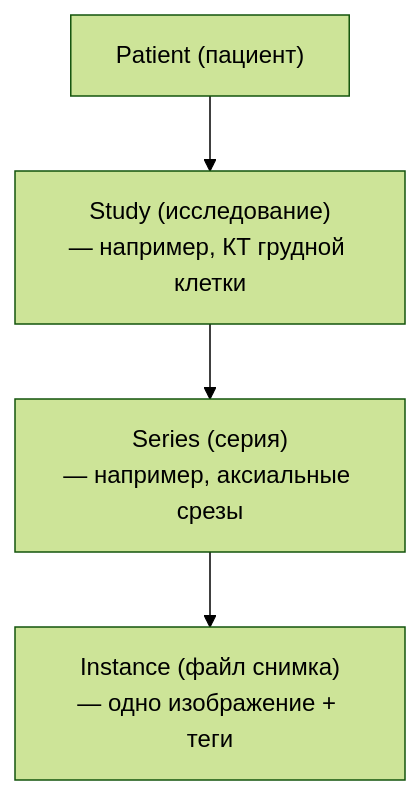
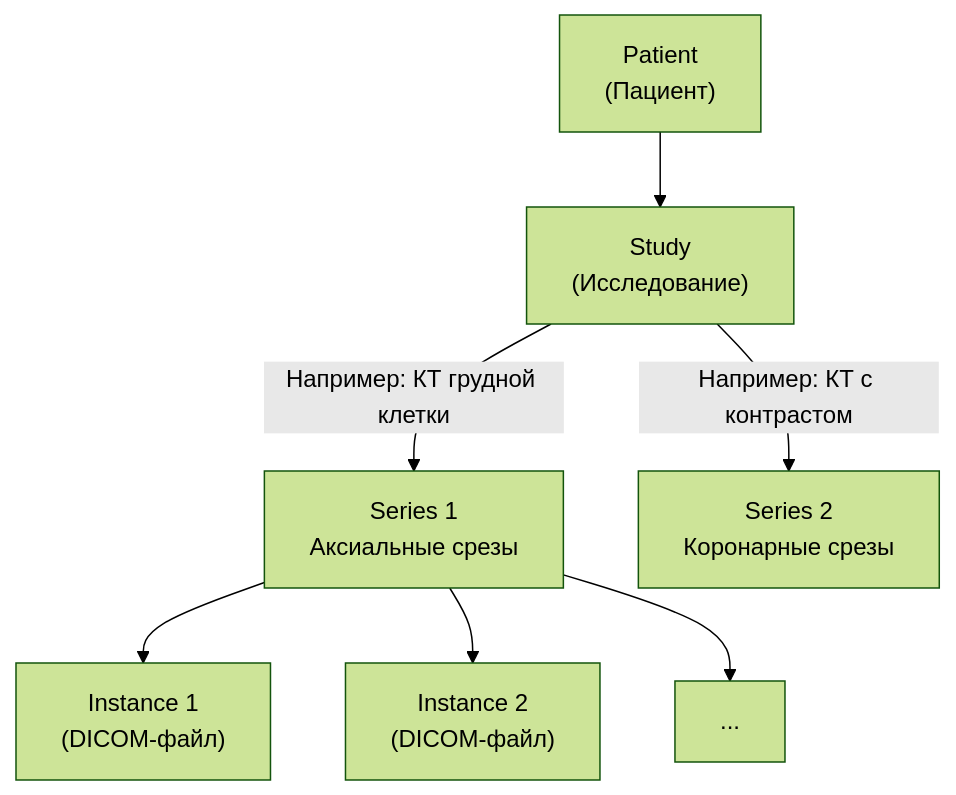
The diagram in tech/dicom.md (sergeyodnoval-bot/sysanalyst-kb.github.io), drawn with Mermaid (forest theme) before and after one commit. The commit also changed other lines of this file and 13 other files, not shown here.

````diff
--- a/tech/dicom.md
+++ b/tech/dicom.md
@@ -34,6 +63,9 @@
 ```mermaid
 flowchart TD
-    ST["Patient (пациент)"] --> SU["Study (исследование)<br/>— например, КТ грудной клетки"]
-    SU --> SE["Series (серия)<br/>— например, аксиальные срезы"]
-    SE --> IM["Instance (файл снимка)<br/>— одно изображение + теги"]
+    PAT["Patient<br/>(Пациент)"] --> STUDY["Study<br/>(Исследование)"]
+    STUDY -->|"Например: КТ грудной клетки"| S1["Series 1<br/>Аксиальные срезы"]
+    STUDY -->|"Например: КТ с контрастом"| S2["Series 2<br/>Коронарные срезы"]
+    S1 --> I1["Instance 1<br/>(DICOM-файл)"]
+    S1 --> I2["Instance 2<br/>(DICOM-файл)"]
+    S1 --> IN[...]
 ```
````
